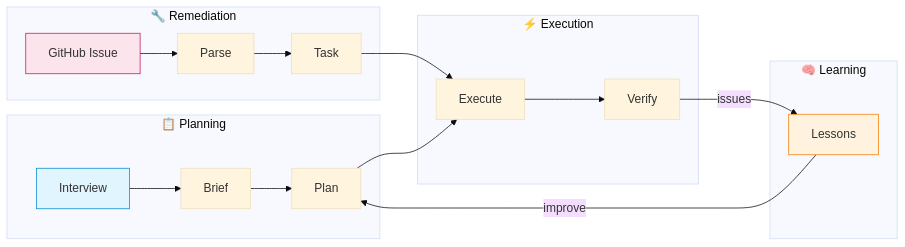
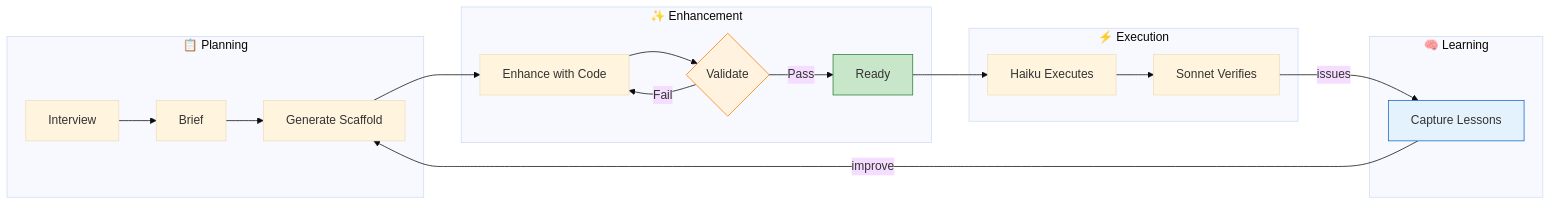
The diagram in README.md (mmorris35/devplan-mcp-server), drawn with Mermaid (base theme) before and after one commit. The commit also changed other lines of this file and 1 other file, not shown here.

````diff
--- a/README.md
+++ b/README.md
@@ -14,27 +63,28 @@
 ```mermaid
 flowchart LR
     subgraph Planning["📋 Planning"]
         A[Interview] --> B[Brief]
-        B --> C[Plan]
+        B --> C[Generate Scaffold]
+    end
+
+    subgraph Enhancement["✨ Enhancement"]
+        C --> D[Enhance with Code]
+        D --> E{Validate}
+        E -->|Fail| D
+        E -->|Pass| F[Ready]
     end
 
     subgraph Execution["⚡ Execution"]
-        C --> D[Execute]
-        D --> E[Verify]
+        F --> G[Haiku Executes]
+        G --> H[Sonnet Verifies]
     end
 
     subgraph Learning["🧠 Learning"]
-        E -->|issues| F[Lessons]
-        F -->|improve| C
+        H -->|issues| I[Capture Lessons]
+        I -->|improve| C
     end
 
-    subgraph Remediation["🔧 Remediation"]
-        G[GitHub Issue] --> H[Parse]
-        H --> I[Task]
-        I --> D
-    end
-
-    style A fill:#e1f5fe,stroke:#0288d1
-    style F fill:#fff3e0,stroke:#f57c00
-    style G fill:#fce4ec,stroke:#c2185b
+    style E fill:#fff3e0,stroke:#f57c00
+    style F fill:#c8e6c9,stroke:#2e7d32
+    style I fill:#e3f2fd,stroke:#1565c0
 ```
````
